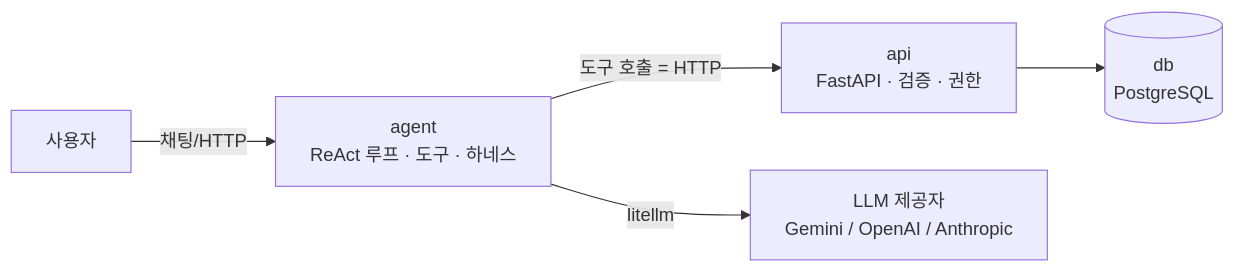
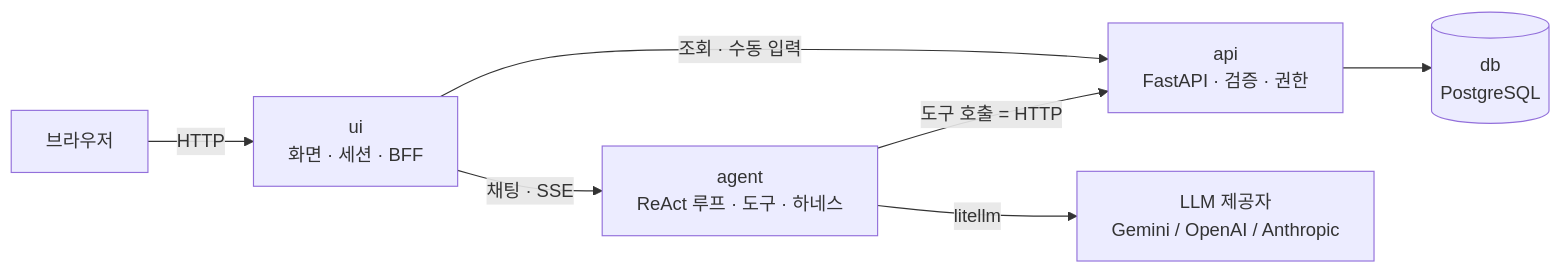
The diagram in README.md (2026-ai-service-engineering-a/account-book), drawn with Mermaid before and after one commit. The commit also changed other lines of this file, not shown here.

First line of the commit message:
docs: 별도 ui 서버 추가, api·agent는 헤드리스로

````diff
--- a/README.md
+++ b/README.md
@@ -45,7 +49,9 @@
 ```mermaid
 graph LR
-  U[사용자] -->|채팅/HTTP| AG[agent<br/>ReAct 루프 · 도구 · 하네스]
-  AG -->|도구 호출 = HTTP| API[api<br/>FastAPI · 검증 · 권한]
+  B[브라우저] -->|HTTP| UI[ui<br/>화면 · 세션 · BFF]
+  UI -->|채팅 · SSE| AG[agent<br/>ReAct 루프 · 도구 · 하네스]
+  UI -->|조회 · 수동 입력| API[api<br/>FastAPI · 검증 · 권한]
+  AG -->|도구 호출 = HTTP| API
   API --> DB[(db<br/>PostgreSQL)]
   AG -->|litellm| LLM[LLM 제공자<br/>Gemini / OpenAI / Anthropic]
 ```
````
